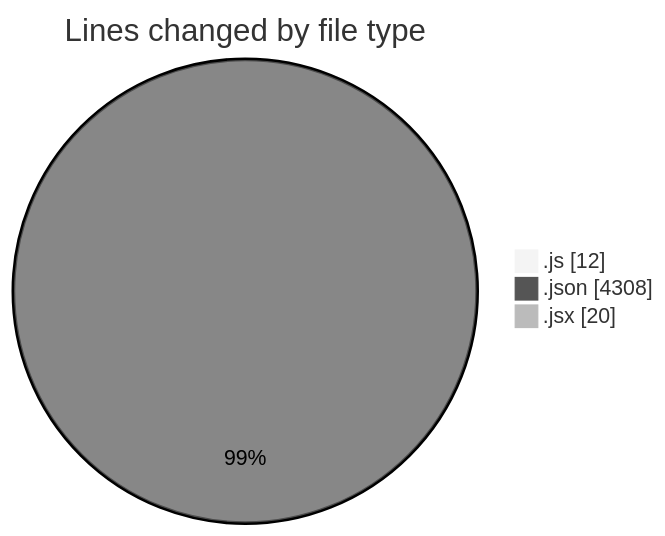
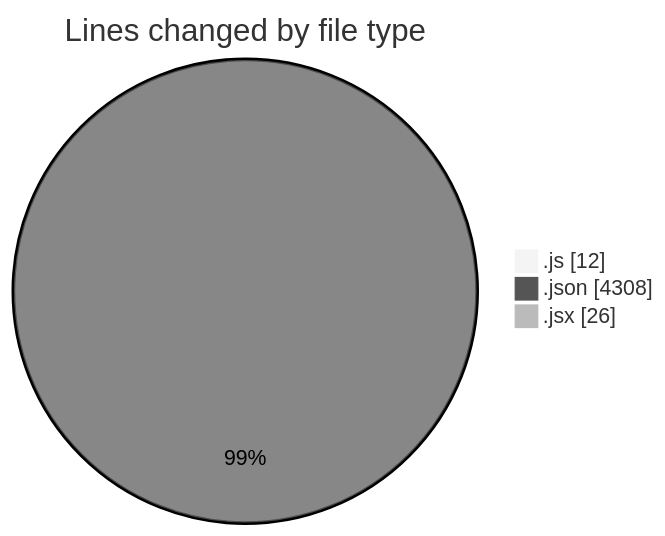
Before and after one commit to nxtqubesakshisongat/code-tracking: the first of 2 diagrams in 2026-11-21/nashik-misal-queue/README.md, drawn with Mermaid (neutral theme). The commit also changed other lines of this file and 1 other file, not shown here.

````diff
--- a/2026-11-21/nashik-misal-queue/README.md
+++ b/2026-11-21/nashik-misal-queue/README.md
@@ -23,7 +23,7 @@
 ```mermaid
 pie showData
 title Lines changed by file type
 ".js" : 12
 ".json" : 4308
-".jsx" : 20
+".jsx" : 26
 ```
````
